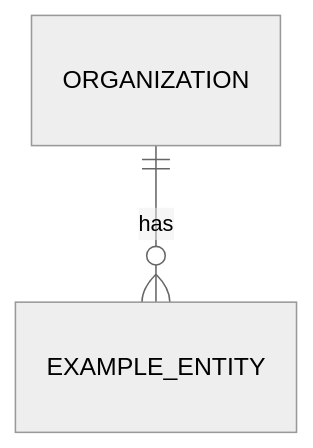
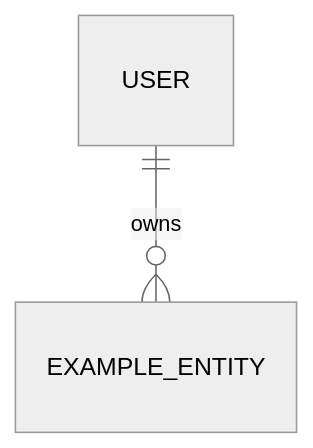
One commit to HuttonHomeHub/WorkHub changed the diagram in docs/templates/project-brief.md. Above: the diagram before and after it, drawn with Mermaid (neutral theme). The commit also changed other lines of this file and 96 other files, not shown here.

````diff
--- a/docs/templates/project-brief.md
+++ b/docs/templates/project-brief.md
@@ -102,4 +101,4 @@
 ```mermaid
 erDiagram
-  ORGANIZATION ||--o{ EXAMPLE_ENTITY : has
+  USER ||--o{ EXAMPLE_ENTITY : owns
 ```
````
